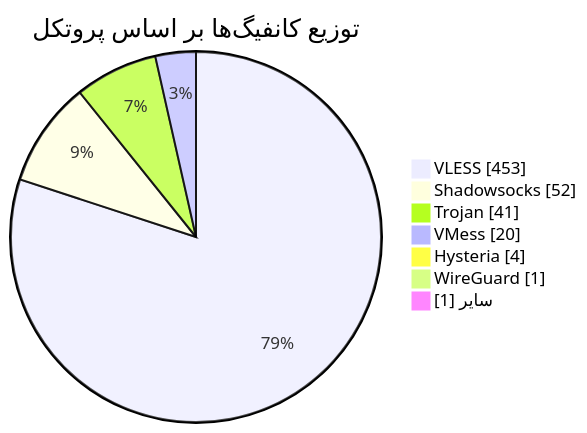
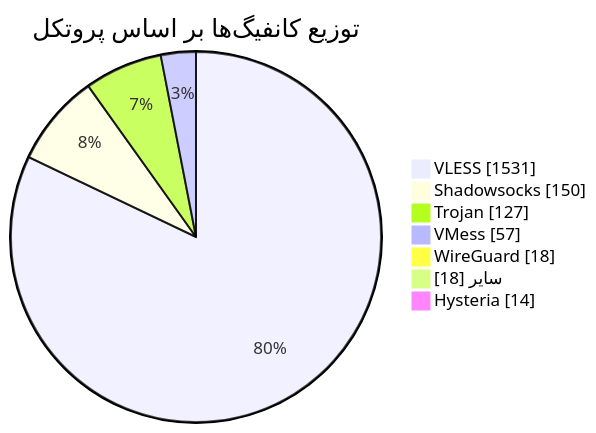
The diagram in README.md (Arian-Alijani/Somthing), drawn with Mermaid before and after one commit. The commit also changed other lines of this file and 21 other files, not shown here.

````diff
--- a/README.md
+++ b/README.md
@@ -49,11 +49,11 @@
 ```mermaid
 pie showData
     title توزیع کانفیگ‌ها بر اساس پروتکل
-    "VLESS" : 453
-    "Shadowsocks" : 52
-    "Trojan" : 41
-    "VMess" : 20
-    "Hysteria" : 4
-    "WireGuard" : 1
-    "سایر" : 1
+    "VLESS" : 1531
+    "Shadowsocks" : 150
+    "Trojan" : 127
+    "VMess" : 57
+    "WireGuard" : 18
+    "سایر" : 18
+    "Hysteria" : 14
 ```
````
